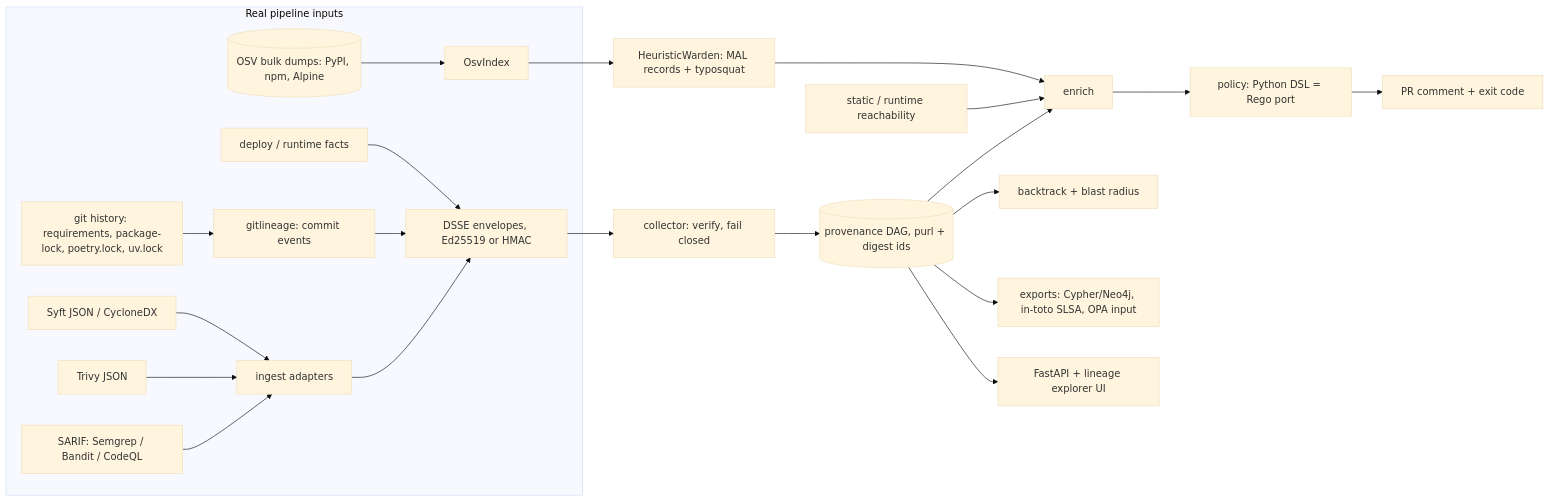
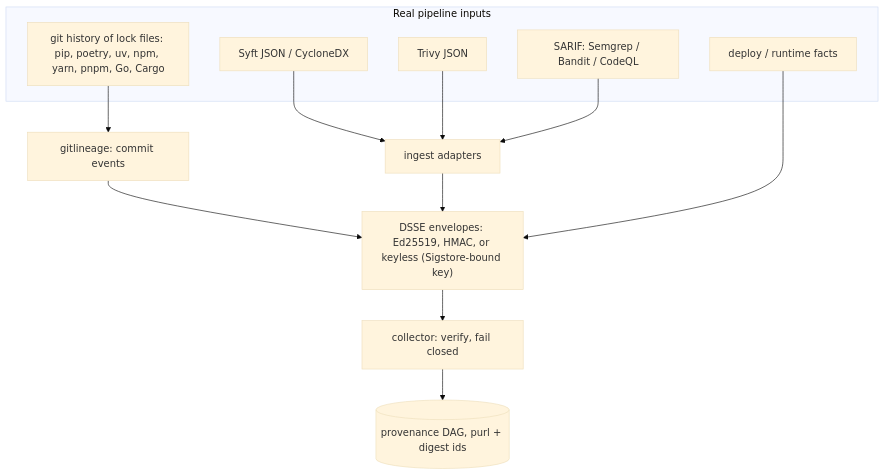
The first of 2 diagrams in docs/architecture.md (rakshit-737/tracegate), drawn with Mermaid (base theme) before and after one commit. The commit also changed other lines of this file and 12 other files, not shown here.

First line of the commit message:
docs: threat model matches the code, demo UX, split architecture diagrams

````diff
--- a/docs/architecture.md
+++ b/docs/architecture.md
@@ -3,23 +5,19 @@
 ```mermaid
-flowchart LR
+flowchart TB
   subgraph SRC["Real pipeline inputs"]
-    GIT["git history: requirements, package-lock, poetry.lock, uv.lock"] --> LIN["gitlineage: commit events"]
-    SY["Syft JSON / CycloneDX"] --> ING["ingest adapters"]
-    TV["Trivy JSON"] --> ING
-    SA["SARIF: Semgrep / Bandit / CodeQL"] --> ING
-    OSV[("OSV bulk dumps: PyPI, npm, Alpine")] --> IDX["OsvIndex"]
-    DEP["deploy / runtime facts"] --> ENV
+    GIT["git history of lock files: pip, poetry, uv, npm, yarn, pnpm, Go, Cargo"]
+    SY["Syft JSON / CycloneDX"]
+    TV["Trivy JSON"]
+    SA["SARIF: Semgrep / Bandit / CodeQL"]
+    DEP["deploy / runtime facts"]
   end
-  LIN --> ENV["DSSE envelopes, Ed25519 or HMAC"]
+  GIT --> LIN["gitlineage: commit events"]
+  SY --> ING["ingest adapters"]
+  TV --> ING
+  SA --> ING
+  LIN --> ENV["DSSE envelopes: Ed25519, HMAC, or keyless (Sigstore-bound key)"]
   ING --> ENV
+  DEP --> ENV
   ENV --> COL["collector: verify, fail closed"]
   COL --> G[("provenance DAG, purl + digest ids")]
-  IDX --> W["HeuristicWarden: MAL records + typosquat"]
-  W --> EN["enrich"]
-  RE["static / runtime reachability"] --> EN
-  G --> EN --> POL["policy: Python DSL = Rego port"]
-  POL --> OUT["PR comment + exit code"]
-  G --> BT["backtrack + blast radius"]
-  G --> EXP["exports: Cypher/Neo4j, in-toto SLSA, OPA input"]
-  G --> API["FastAPI + lineage explorer UI"]
 ```
````
